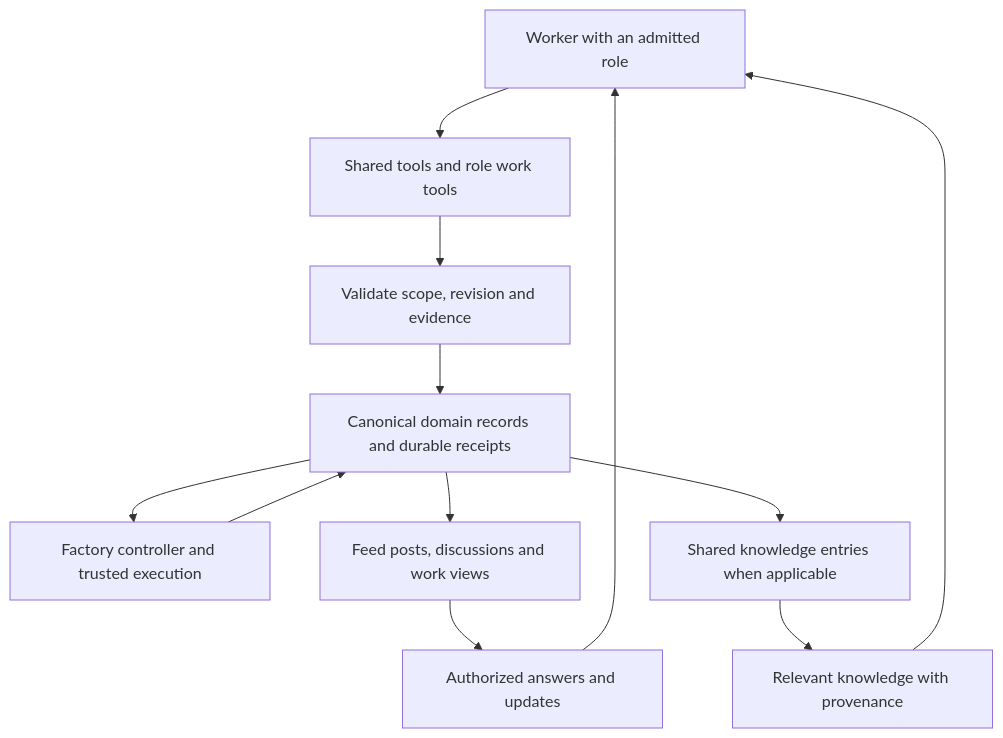
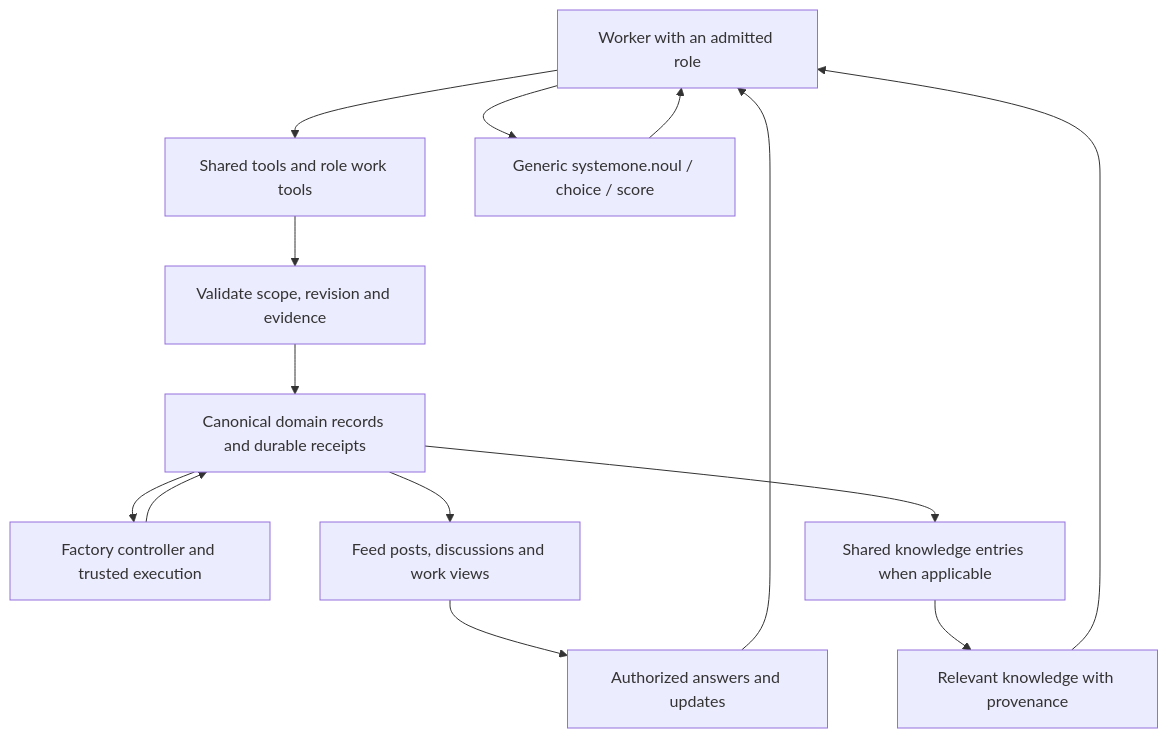
The diagram in docs/design/factory-worker-mcp.md (LevitateOS/sodaos), drawn with Mermaid before and after one commit. The commit also changed other lines of this file and 14 other files, not shown here.

````diff
--- a/docs/design/factory-worker-mcp.md
+++ b/docs/design/factory-worker-mcp.md
@@ -92,14 +102,16 @@
 ```mermaid
 flowchart TD
     W[Worker with an admitted role] --> M[Shared tools and role work tools]
+    W --> S[Generic systemone.noul / choice / score]
+    S --> W
     M --> A[Validate scope, revision and evidence]
     A --> R[Canonical domain records and durable receipts]
     R --> F[Factory controller and trusted execution]
     R --> P[Feed posts, discussions and work views]
     R --> K[Shared knowledge entries when applicable]
     F --> R
     P --> I[Authorized answers and updates]
     K --> C[Relevant knowledge with provenance]
     I --> W
     C --> W
 ```
````
